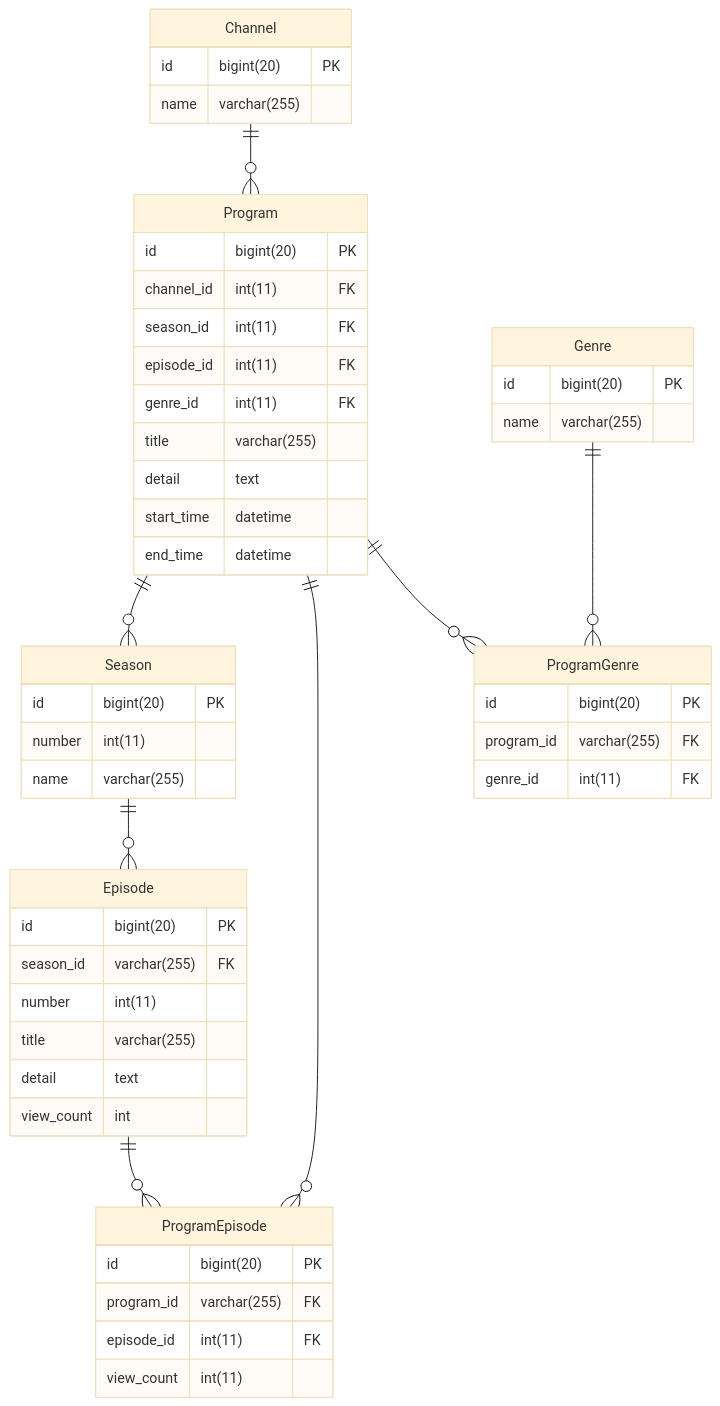
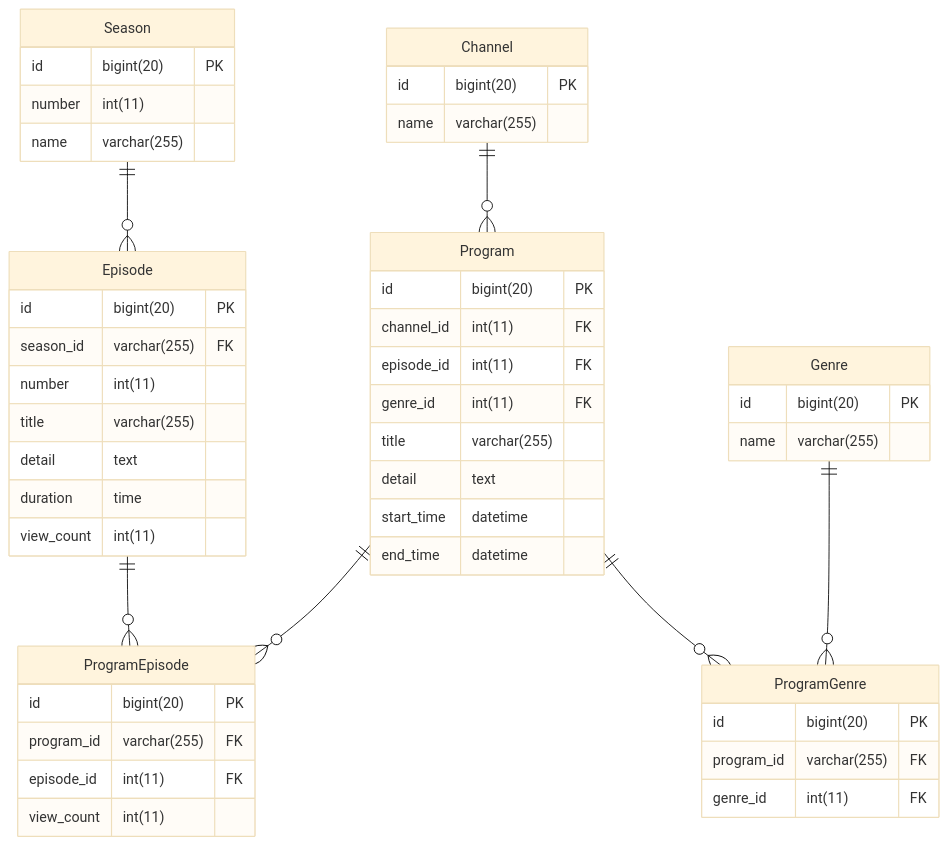
One commit to shuntaron/apprentice changed the diagram in week5-6/03_submission_quest/01_INTERNET_TV/README.md. Above: the diagram before and after it, drawn with Mermaid (base theme). The commit also changed other lines of this file and 1 other file, not shown here.

````diff
--- a/week5-6/03_submission_quest/01_INTERNET_TV/README.md
+++ b/week5-6/03_submission_quest/01_INTERNET_TV/README.md
@@ -64,60 +64,59 @@
 ```mermaid
 erDiagram
   Channel ||--o{ Program: ""
-  Program ||--o{ Season: ""
+  Program ||--o{ ProgramGenre: ""
   Program ||--o{ ProgramEpisode: ""
-  Program ||--o{ ProgramGenre: ""
   Season  ||--o{ Episode: ""
   Episode ||--o{ ProgramEpisode: ""
   Genre   ||--o{ ProgramGenre: ""
 
   Channel {
     id     bigint(20)             PK
     name   varchar(255)             
   }
 
   Program {
     id              bigint(20)    PK
     channel_id      int(11)       FK
-    season_id       int(11)       FK
     episode_id      int(11)       FK
     genre_id        int(11)       FK
     title           varchar(255)    
     detail          text            
     start_time      datetime        
     end_time        datetime        
   }
 
   Season {
     id              bigint(20)    PK
     number          int(11)         
     name            varchar(255)    
   }
 
   ProgramEpisode {
     id              bigint(20)    PK
     program_id      varchar(255)  FK
     episode_id      int(11)       FK
     view_count      int(11)         
   }
 
   ProgramGenre {
     id              bigint(20)    PK
     program_id      varchar(255)  FK
     genre_id        int(11)       FK
   }
 
   Episode {
     id              bigint(20)    PK
     season_id       varchar(255)  FK
     number          int(11)         
     title           varchar(255)    
     detail          text            
-    view_count      int             
+    duration        time            
+    view_count      int(11)         
   }
 
   Genre {
     id              bigint(20)    PK
     name            varchar(255)    
   }
 ```
````
